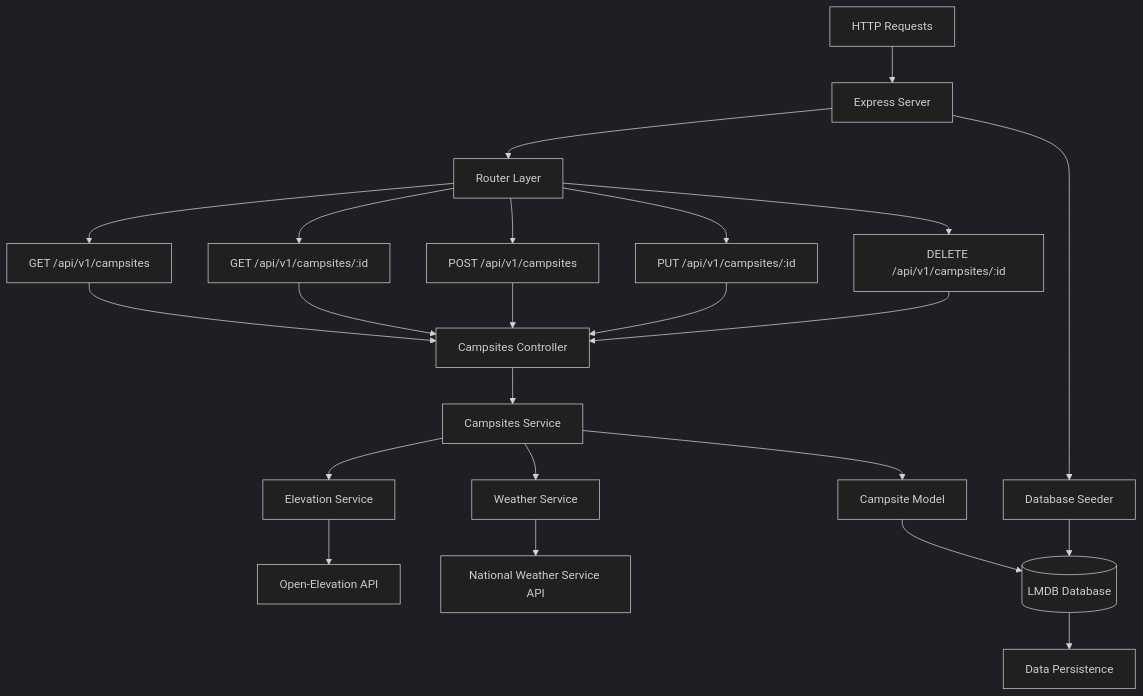
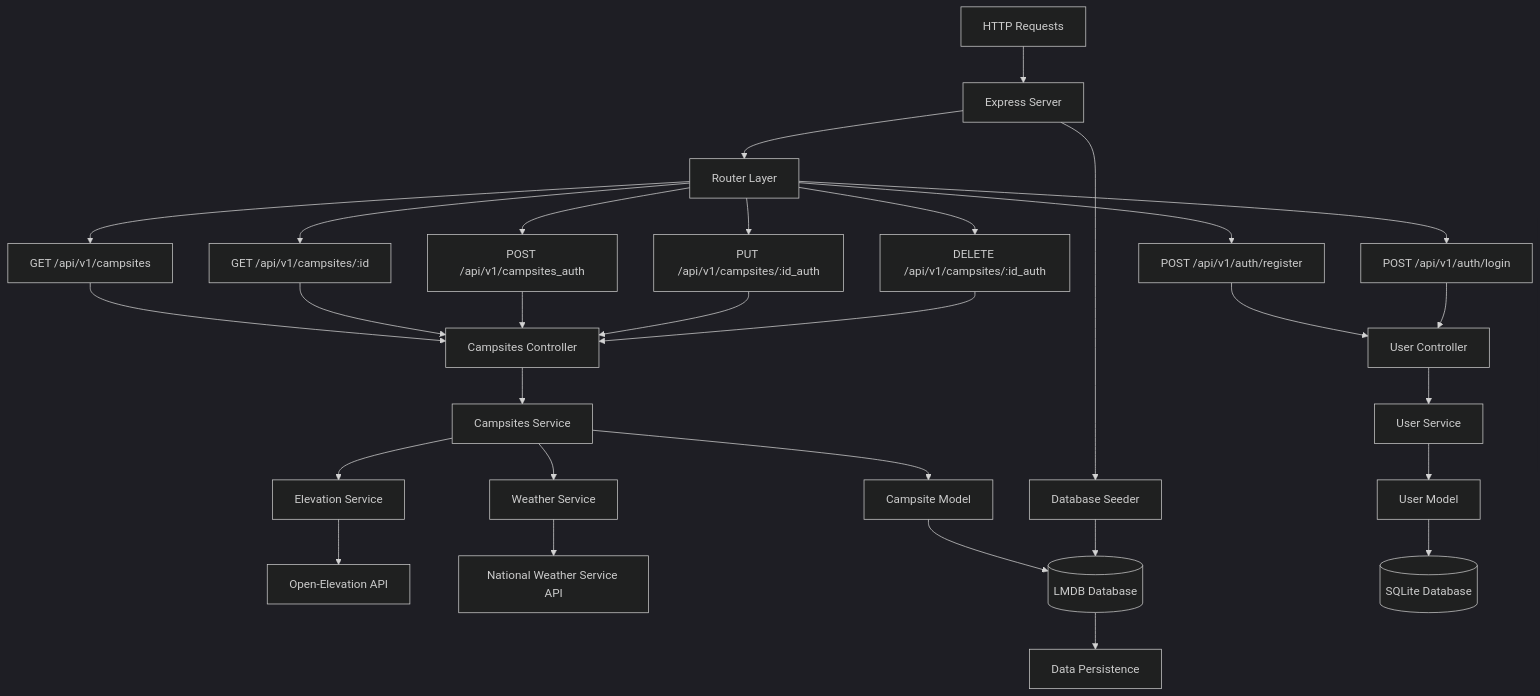
Before and after one commit to baileydunning/campsights: the second of 2 diagrams in README.md, drawn with Mermaid (dark theme). The commit also changed other lines of this file, not shown here.

````diff
--- a/README.md
+++ b/README.md
@@ -83,30 +85,32 @@
 ```mermaid
 flowchart TD
     A[HTTP Requests] --> B[Express Server]
     B --> C[Router Layer]
-    
     C --> D[GET /api/v1/campsites]
     C --> D2[GET /api/v1/campsites/:id]
-    C --> E[POST /api/v1/campsites]
-    C --> F[PUT /api/v1/campsites/:id]
-    C --> G[DELETE /api/v1/campsites/:id]
-    
+    C --> E[POST /api/v1/campsites_auth]
+    C --> F[PUT /api/v1/campsites/:id_auth]
+    C --> G[DELETE /api/v1/campsites/:id_auth]
+    C --> Y[POST /api/v1/auth/register]
+    C --> Z[POST /api/v1/auth/login]
     D --> I[Campsites Controller]
     D2 --> I
     E --> I
     F --> I
     G --> I
-    
     I --> K[Campsites Service]
     K --> L[Campsite Model]
     K --> M[Elevation Service]
     K --> Q[Weather Service]
     M --> N[Open-Elevation API]
     Q --> R[National Weather Service API]
     L --> O[(LMDB Database)]
-    
     B --> P[Database Seeder]
     P --> O
-    
     O --> S[Data Persistence]
+    Y --> AA[User Controller]
+    Z --> AA
+    AA --> AB[User Service]
+    AB --> AC[User Model]
+    AC --> AD[(SQLite Database)]
 ```
````
